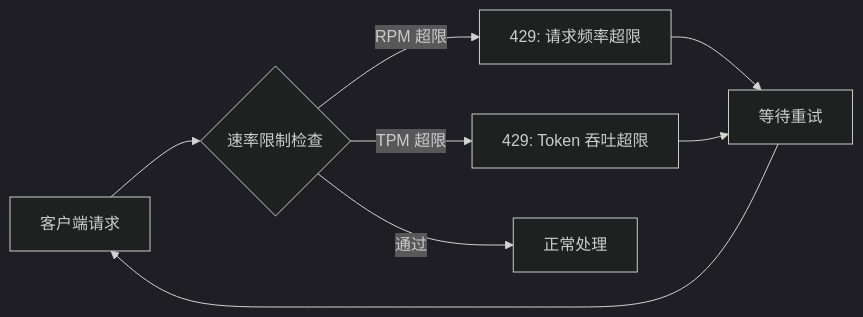
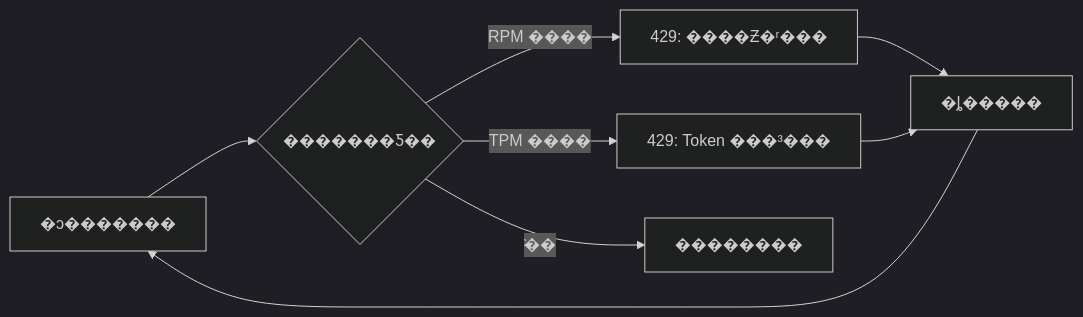
Before and after one commit to TimeHunter618/hugo-maid-dev: the first of 6 diagrams in content/post/ai-interview/429速率限制怎么解决.zh-CN.md, drawn with Mermaid (dark theme). The commit also changed other lines of this file and 70 other files, not shown here.

````diff
--- a/content/post/ai-interview/429速率限制怎么解决.zh-CN.md
+++ b/content/post/ai-interview/429速率限制怎么解决.zh-CN.md
@@ -69,10 +69,10 @@
 ```mermaid
 graph LR
-    A[客户端请求] --> B{速率限制检查}
-    B -->|RPM 超限| C["429: 请求频率超限"]
-    B -->|TPM 超限| D["429: Token 吞吐超限"]
-    B -->|通过| E[正常处理]
-    C --> F[等待重试]
+    A[�ͻ�������] --> B{�������Ƽ��}
+    B -->|RPM ����| C["429: ����Ƶ�ʳ���"]
+    B -->|TPM ����| D["429: Token ���³���"]
+    B -->|ͨ��| E[��������]
+    C --> F[�ȴ�����]
     D --> F
     F --> A
 ```
````
